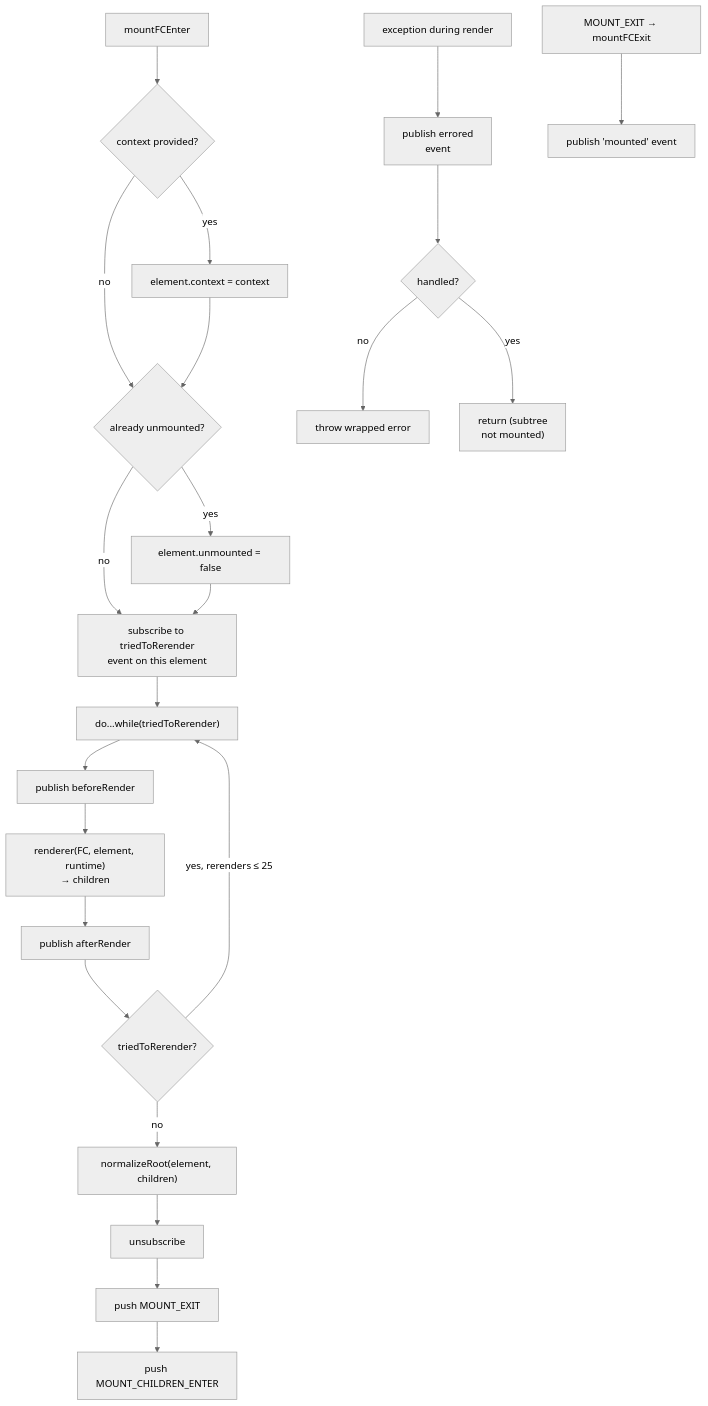
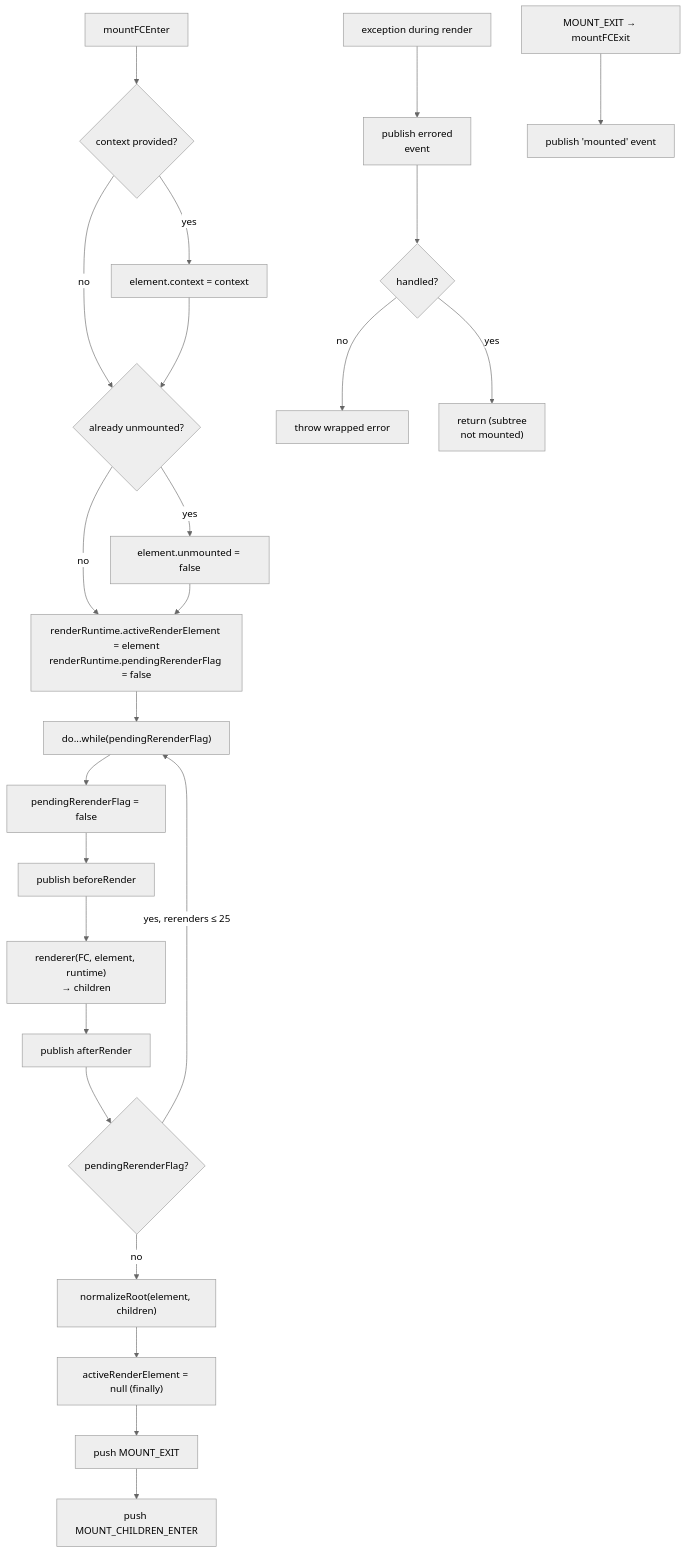
The fourth of 8 diagrams in docs/core/mounting.md (dPaskhin/simpreact), drawn with Mermaid (neutral theme) before and after one commit. The commit also changed other lines of this file and 5 other files, not shown here.

````diff
--- a/docs/core/mounting.md
+++ b/docs/core/mounting.md
@@ -64,28 +66,29 @@
 ```mermaid
 flowchart TD
     A["mountFCEnter"] --> CTX{context provided?}
     CTX -->|yes| SC["element.context = context"]
     CTX -->|no| UM
     SC --> UM{already unmounted?}
     UM -->|yes| CLR["element.unmounted = false"]
-    UM -->|no| SUB
-    CLR --> SUB["subscribe to triedToRerender\nevent on this element"]
+    UM -->|no| SET
+    CLR --> SET["renderRuntime.activeRenderElement = element\nrenderRuntime.pendingRerenderFlag = false"]
 
-    SUB --> LOOP["do...while(triedToRerender)"]
-    LOOP --> BR["publish beforeRender"]
+    SET --> LOOP["do...while(pendingRerenderFlag)"]
+    LOOP --> RST["pendingRerenderFlag = false"]
+    RST --> BR["publish beforeRender"]
     BR --> REN["renderer(FC, element, runtime)\n→ children"]
     REN --> AR["publish afterRender"]
-    AR --> TRR{triedToRerender?}
+    AR --> TRR{pendingRerenderFlag?}
     TRR -->|yes, rerenders ≤ 25| LOOP
     TRR -->|no| NR["normalizeRoot(element, children)"]
-    NR --> UNSUB["unsubscribe"]
-    UNSUB --> PX["push MOUNT_EXIT"]
+    NR --> CLRACT["activeRenderElement = null (finally)"]
+    CLRACT --> PX["push MOUNT_EXIT"]
     PX --> PC["push MOUNT_CHILDREN_ENTER"]
 
     ERR["exception during render"] --> CATCH["publish errored\nevent"]
     CATCH --> HND{handled?}
     HND -->|no| THROW["throw wrapped error"]
     HND -->|yes| RET["return (subtree\nnot mounted)"]
 
     MX["MOUNT_EXIT → mountFCExit"] --> PUB["publish 'mounted' event"]
 ```
````
